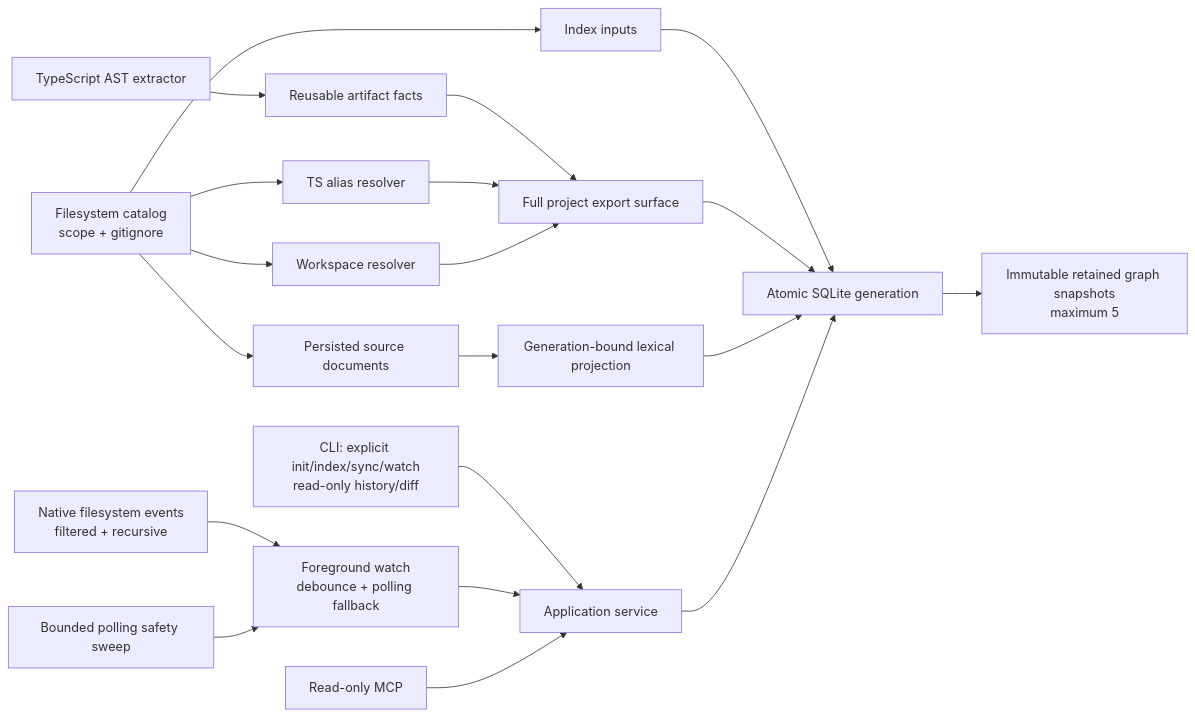
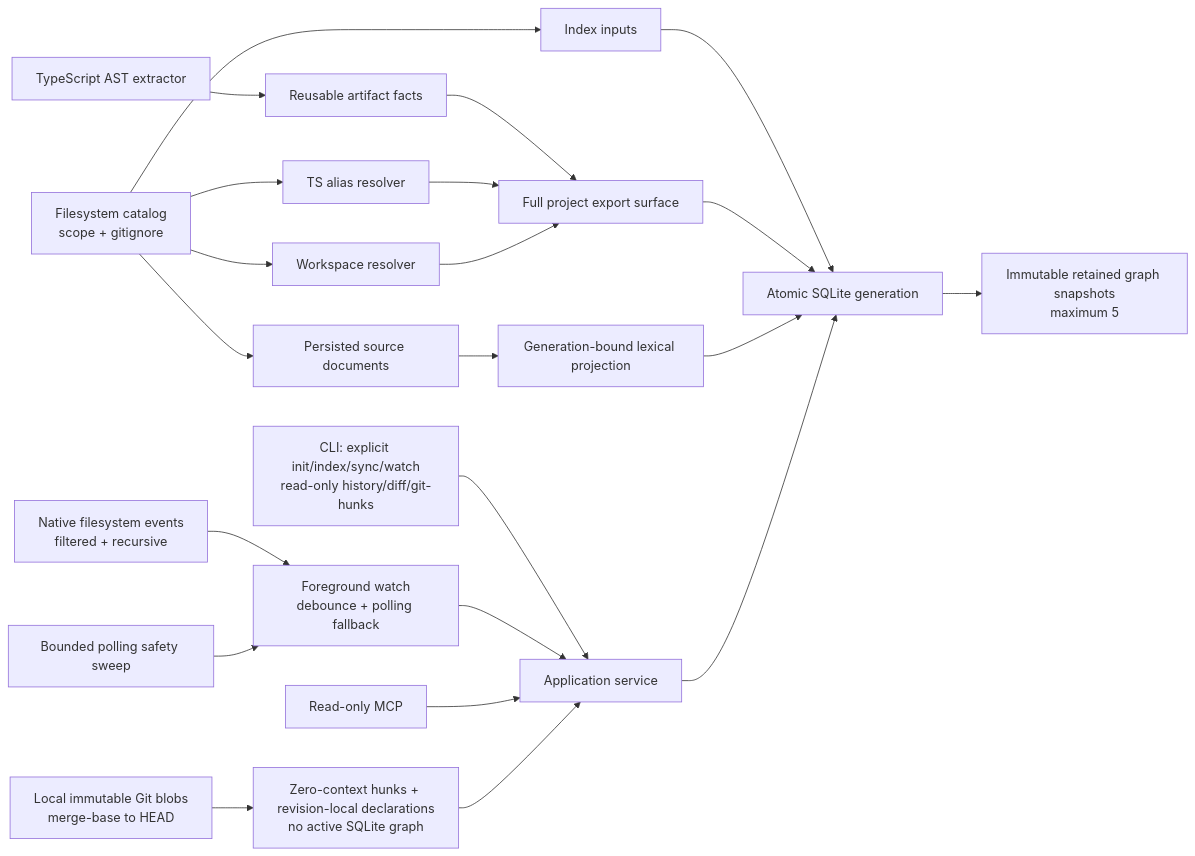
Before and after one commit to HsinPu/SymbolLattice: the diagram in README.md, drawn with Mermaid. The commit also changed other lines of this file and 18 other files, not shown here.

````diff
--- a/README.md
+++ b/README.md
@@ -415,22 +447,23 @@
 ```mermaid
 flowchart LR
-  CLI["CLI: explicit init/index/sync/watch\nread-only history/diff"] --> App["Application service"]
+  CLI["CLI: explicit init/index/sync/watch\nread-only history/diff/git-hunks"] --> App["Application service"]
   Native["Native filesystem events\nfiltered + recursive"] --> Watch["Foreground watch\ndebounce + polling fallback"]
   Timer["Bounded polling safety sweep"] --> Watch
   Watch --> App
   MCP["Read-only MCP"] --> App
+  Git["Local immutable Git blobs\nmerge-base to HEAD"] --> GitHunks["Zero-context hunks + revision-local declarations\nno active SQLite graph"] --> App
   Catalog["Filesystem catalog\nscope + gitignore"] --> Inputs["Index inputs"]
   Catalog --> TS["TS alias resolver"]
   Catalog --> WS["Workspace resolver"]
   Extractor["TypeScript AST extractor"] --> Facts["Reusable artifact facts"]
   Catalog --> SourceDocs["Persisted source documents"]
   SourceDocs --> Retrieval["Generation-bound lexical projection"]
   Facts --> Resolver["Full project export surface"]
   TS --> Resolver
   WS --> Resolver
   Inputs --> SQLite["Atomic SQLite generation"]
   Resolver --> SQLite
   Retrieval --> SQLite
   SQLite --> Retained["Immutable retained graph snapshots\nmaximum 5"]
   App --> SQLite
 ```
````
